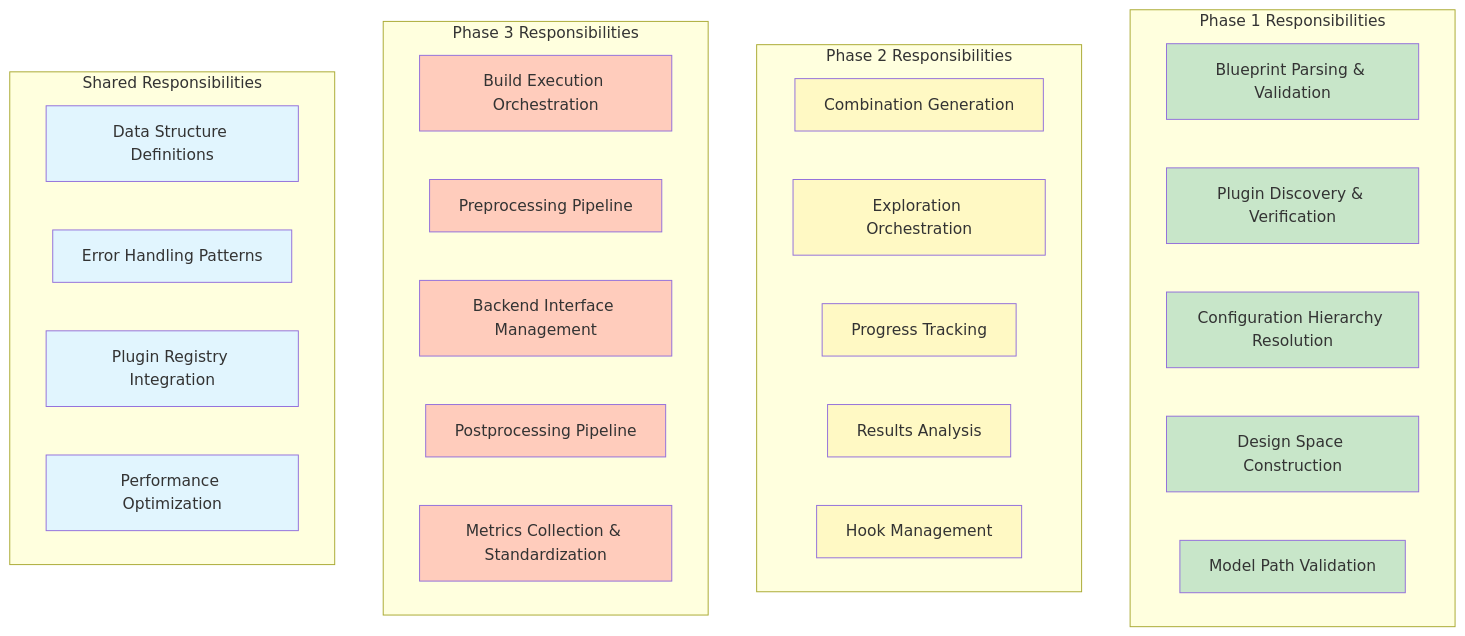
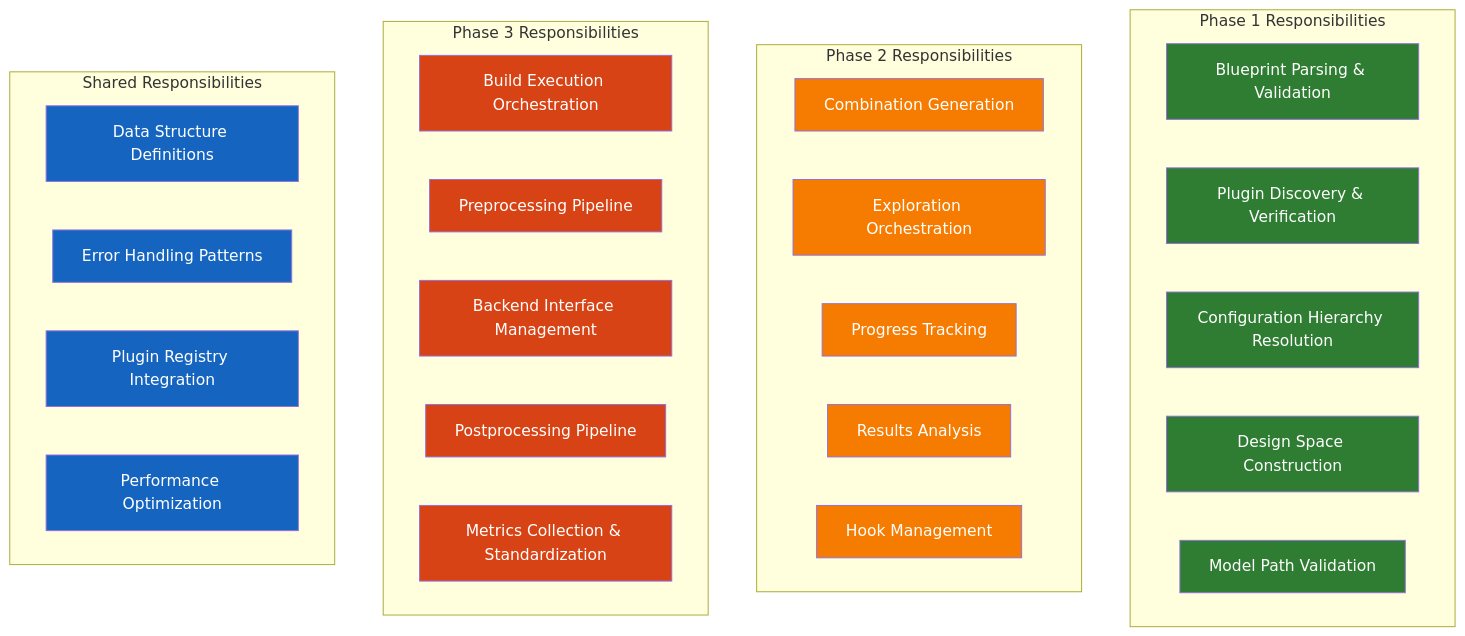
Before and after one commit to microsoft/Brainsmith: the second of 14 diagrams in brainsmith/core/ARCHITECTURE.md, drawn with Mermaid. The commit also changed other lines of this file and 40 other files, not shown here.

````diff
--- a/brainsmith/core/ARCHITECTURE.md
+++ b/brainsmith/core/ARCHITECTURE.md
@@ -128,56 +128,56 @@
 ```mermaid
 graph TB
     subgraph "Phase 1 Responsibilities"
         P1R1[Blueprint Parsing & Validation]
         P1R2[Plugin Discovery & Verification]
         P1R3[Configuration Hierarchy Resolution]
         P1R4[Design Space Construction]
         P1R5[Model Path Validation]
     end
     
     subgraph "Phase 2 Responsibilities"
         P2R1[Combination Generation]
         P2R2[Exploration Orchestration]
         P2R3[Progress Tracking]
         P2R4[Results Analysis]
         P2R5[Hook Management]
     end
     
     subgraph "Phase 3 Responsibilities"
         P3R1[Build Execution Orchestration]
         P3R2[Preprocessing Pipeline]
         P3R3[Backend Interface Management]
         P3R4[Postprocessing Pipeline]
         P3R5[Metrics Collection & Standardization]
     end
     
     subgraph "Shared Responsibilities"
         SR1[Data Structure Definitions]
         SR2[Error Handling Patterns]
         SR3[Plugin Registry Integration]
         SR4[Performance Optimization]
     end
     
-    style P1R1 fill:#c8e6c9
-    style P1R2 fill:#c8e6c9
-    style P1R3 fill:#c8e6c9
-    style P1R4 fill:#c8e6c9
-    style P1R5 fill:#c8e6c9
+    style P1R1 fill:#2e7d32,color:#fff
+    style P1R2 fill:#2e7d32,color:#fff
+    style P1R3 fill:#2e7d32,color:#fff
+    style P1R4 fill:#2e7d32,color:#fff
+    style P1R5 fill:#2e7d32,color:#fff
     
-    style P2R1 fill:#fff9c4
-    style P2R2 fill:#fff9c4
-    style P2R3 fill:#fff9c4
-    style P2R4 fill:#fff9c4
-    style P2R5 fill:#fff9c4
+    style P2R1 fill:#f57c00,color:#fff
+    style P2R2 fill:#f57c00,color:#fff
+    style P2R3 fill:#f57c00,color:#fff
+    style P2R4 fill:#f57c00,color:#fff
+    style P2R5 fill:#f57c00,color:#fff
     
-    style P3R1 fill:#ffccbc
-    style P3R2 fill:#ffccbc
-    style P3R3 fill:#ffccbc
-    style P3R4 fill:#ffccbc
-    style P3R5 fill:#ffccbc
+    style P3R1 fill:#d84315,color:#fff
+    style P3R2 fill:#d84315,color:#fff
+    style P3R3 fill:#d84315,color:#fff
+    style P3R4 fill:#d84315,color:#fff
+    style P3R5 fill:#d84315,color:#fff
     
-    style SR1 fill:#e1f5fe
-    style SR2 fill:#e1f5fe
-    style SR3 fill:#e1f5fe
-    style SR4 fill:#e1f5fe
+    style SR1 fill:#1565c0,color:#fff
+    style SR2 fill:#1565c0,color:#fff
+    style SR3 fill:#1565c0,color:#fff
+    style SR4 fill:#1565c0,color:#fff
 ```
````
